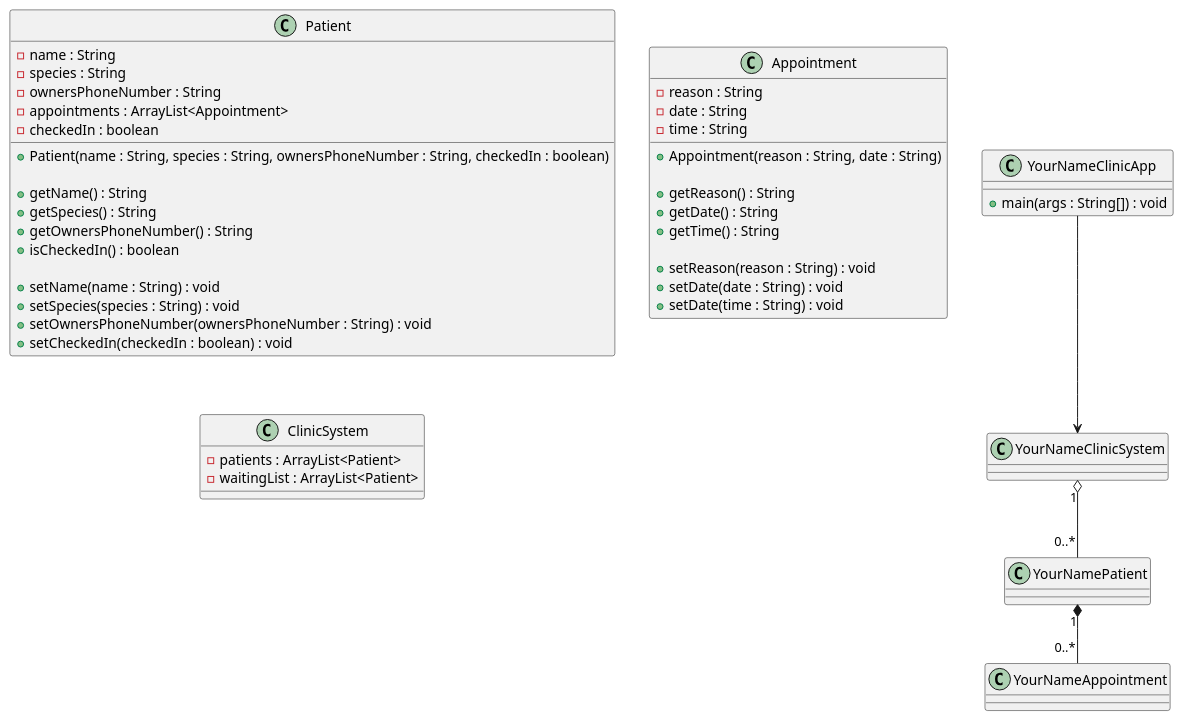
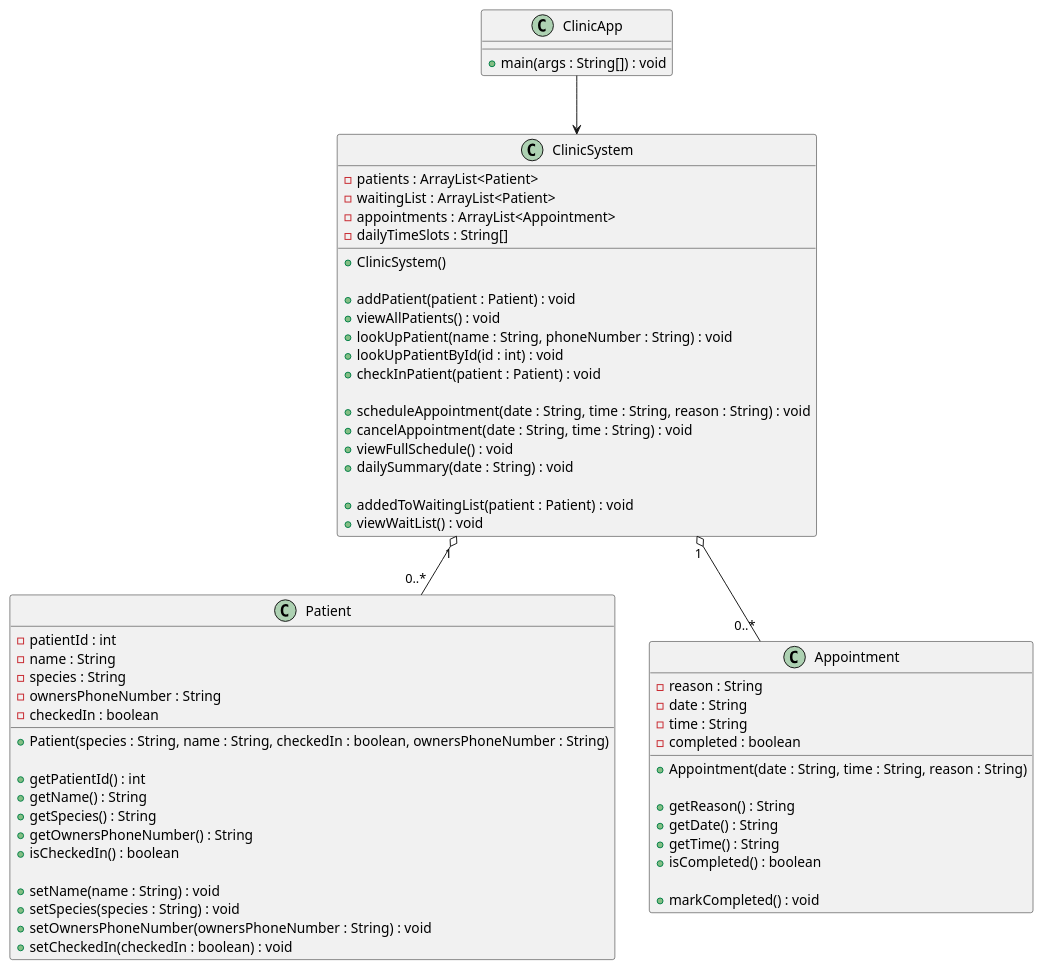
The diagram in src/diagram.puml (Bferg2002/java-community-clinic-system), drawn with PlantUML before and after one commit. The commit also changed 4 other files, not shown here.

```diff
--- a/src/diagram.puml
+++ b/src/diagram.puml
@@ -1,70 +1,90 @@
 @startuml
 
 class Patient {
+    - patientId : int
     - name : String
     - species : String
     - ownersPhoneNumber : String
-    - appointments : ArrayList<Appointment>
     - checkedIn : boolean
 
-    + Patient(name : String, species : String, ownersPhoneNumber : String, checkedIn : boolean)
+    + Patient(species : String, name : String, checkedIn : boolean, ownersPhoneNumber : String)
 
+    + getPatientId() : int
     + getName() : String
     + getSpecies() : String
     + getOwnersPhoneNumber() : String
     + isCheckedIn() : boolean
 
     + setName(name : String) : void
     + setSpecies(species : String) : void
     + setOwnersPhoneNumber(ownersPhoneNumber : String) : void
     + setCheckedIn(checkedIn : boolean) : void
 }
 
 class Appointment {
     - reason : String
     - date : String
     - time : String
+    - completed : boolean
 
-    + Appointment(reason : String, date : String)
+    + Appointment(date : String, time : String, reason : String)
 
     + getReason() : String
     + getDate() : String
     + getTime() : String
+    + isCompleted() : boolean
 
-    + setReason(reason : String) : void
-    + setDate(date : String) : void
-    + setDate(time : String) : void
-
+    + markCompleted() : void
 }
 
 class ClinicSystem {
     - patients : ArrayList<Patient>
     - waitingList : ArrayList<Patient>
+    - appointments : ArrayList<Appointment>
+    - dailyTimeSlots : String[]
+
+    + ClinicSystem()
+
+    + addPatient(patient : Patient) : void
+    + viewAllPatients() : void
+    + lookUpPatient(name : String, phoneNumber : String) : void
+    + lookUpPatientById(id : int) : void
+    + checkInPatient(patient : Patient) : void
+
+    + scheduleAppointment(date : String, time : String, reason : String) : void
+    + cancelAppointment(date : String, time : String) : void
+    + viewFullSchedule() : void
+    + dailySummary(date : String) : void
+
+    + addedToWaitingList(patient : Patient) : void
+    + viewWaitList() : void
 }
-class YourNameClinicApp {
+
+class ClinicApp {
     + main(args : String[]) : void
 }
 
 ' =========================================
 ' RELATIONSHIPS EXPLAINED
 ' =========================================
 
-' One Patient has zero or many Appointments.
-' "1" means one Patient.
-' "0..*" means that Patient can have zero or many Appointment objects.
-' *-- means composition (Appointments belong to the Patient and cannot exist without it).
-YourNamePatient "1" *-- "0..*" YourNameAppointment
-
-
 ' One ClinicSystem manages zero or many Patients.
 ' "1" means one ClinicSystem.
 ' "0..*" means the system can manage zero or many Patient objects.
 ' o-- means aggregation (Patients can exist independently of the ClinicSystem).
-YourNameClinicSystem "1" o-- "0..*" YourNamePatient
+ClinicSystem "1" o-- "0..*" Patient
+
+
+' One ClinicSystem manages zero or many Appointments.
+' "1" means one ClinicSystem.
+' "0..*" means the system can manage zero or many Appointment objects.
+' o-- means aggregation (Appointments can exist independently of the ClinicSystem).
+ClinicSystem "1" o-- "0..*" Appointment
 
 
 ' ClinicApp depends on ClinicSystem.
 ' This means the main application class uses ClinicSystem to run the program.
 ' --> represents a dependency relationship.
-YourNameClinicApp --> YourNameClinicSystem
+ClinicApp --> ClinicSystem
+
 @enduml
```
